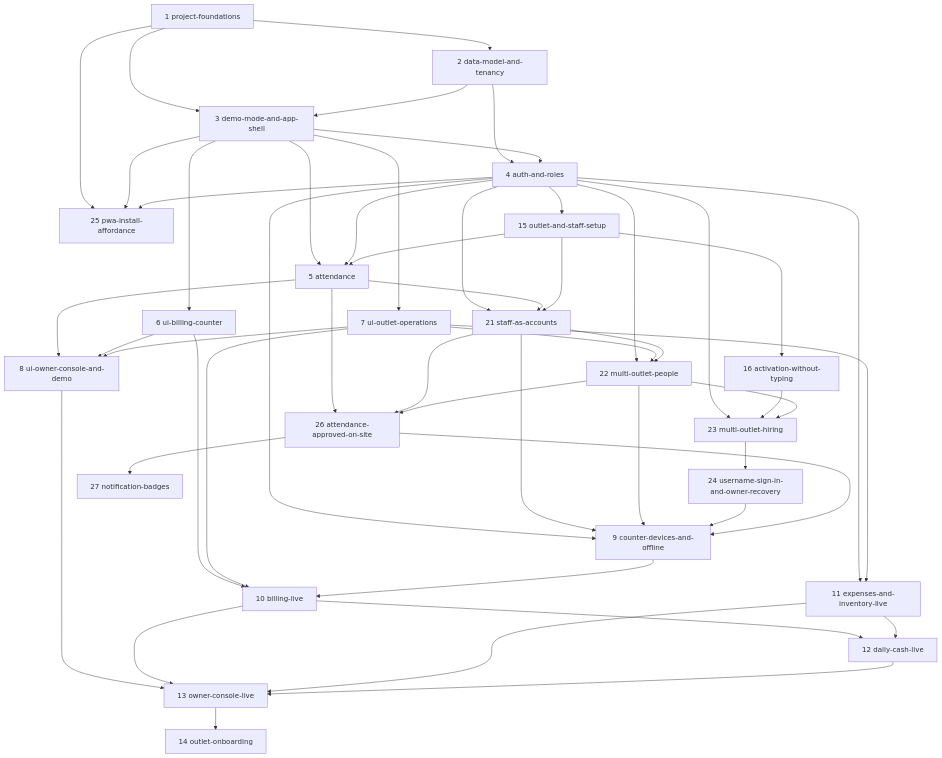
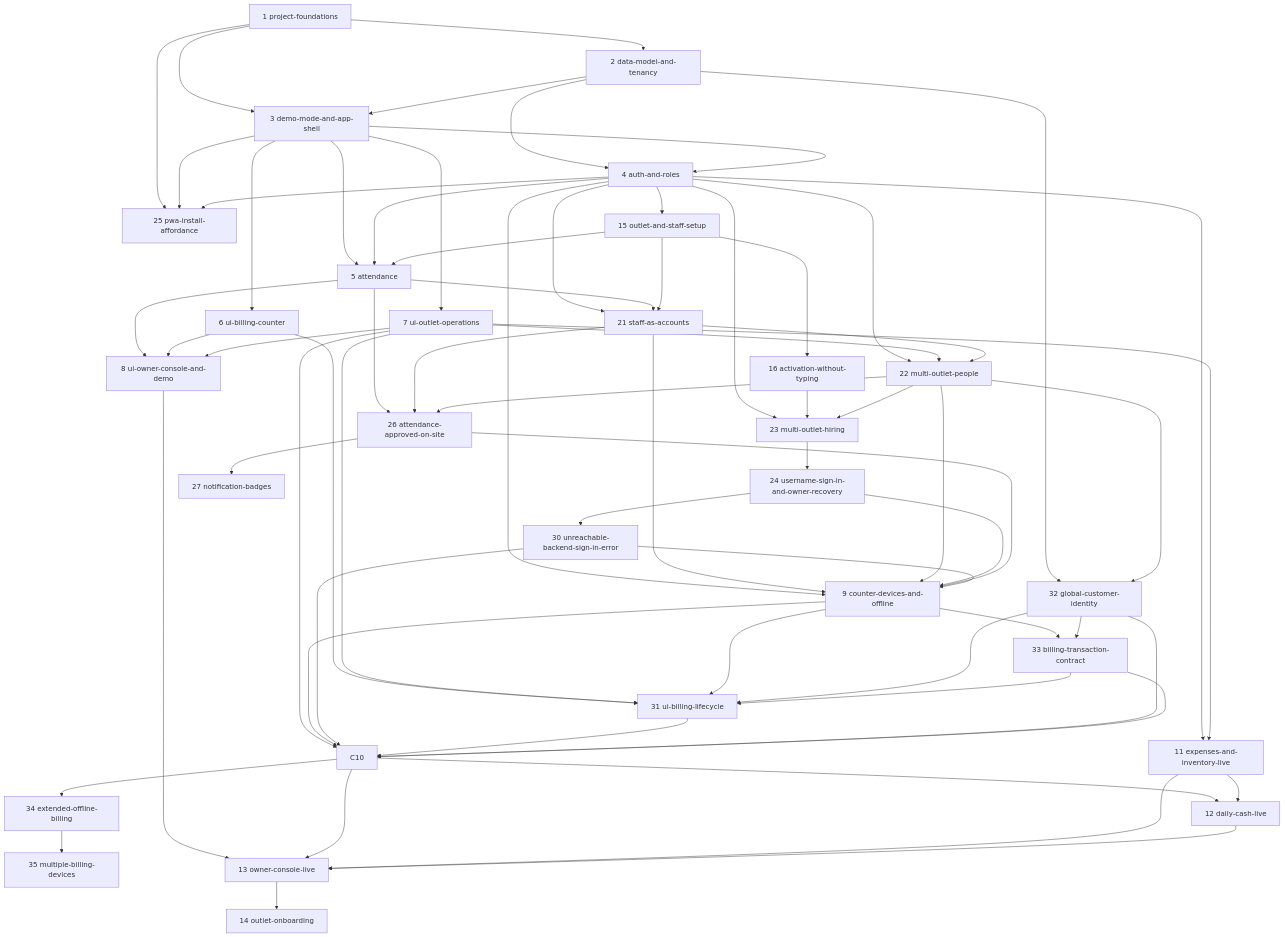
Before and after one commit to abdatta/shawarmania-ops: the diagram in openspec/changes/ROADMAP.md, drawn with Mermaid. The commit also changed other lines of this file and 70 other files, not shown here.

````diff
--- a/openspec/changes/ROADMAP.md
+++ b/openspec/changes/ROADMAP.md
@@ -98,52 +122,68 @@
 ```mermaid
 graph TD
     C1[1 project-foundations] --> C2[2 data-model-and-tenancy]
     C1 --> C3[3 demo-mode-and-app-shell]
     C2 --> C3
     C2 --> C4[4 auth-and-roles]
     C3 --> C4
     C1 --> C25[25 pwa-install-affordance]
     C3 --> C25
     C4 --> C25
     C3 --> C5[5 attendance]
     C4 --> C5
     C4 --> C15[15 outlet-and-staff-setup]
     C15 --> C5
     C15 --> C16[16 activation-without-typing]
     C3 --> C6[6 ui-billing-counter]
     C3 --> C7[7 ui-outlet-operations]
     C5 --> C8[8 ui-owner-console-and-demo]
     C6 --> C8
     C7 --> C8
     C4 --> C21[21 staff-as-accounts]
     C5 --> C21
     C15 --> C21
     C4 --> C22[22 multi-outlet-people]
     C7 --> C22
     C21 --> C22
     C4 --> C23[23 multi-outlet-hiring]
     C16 --> C23
     C22 --> C23
     C23 --> C24[24 username-sign-in-and-owner-recovery]
     C5 --> C26[26 attendance-approved-on-site]
     C21 --> C26
     C22 --> C26
     C26 --> C27[27 notification-badges]
+    C24 --> C30[30 unreachable-backend-sign-in-error]
+    C2 --> C32[32 global-customer-identity]
+    C22 --> C32
     C4 --> C9[9 counter-devices-and-offline]
     C21 --> C9
     C22 --> C9
     C24 --> C9
     C26 --> C9
-    C6 --> C10[10 billing-live]
+    C30 --> C9
+    C9 --> C33[33 billing-transaction-contract]
+    C32 --> C33
+    C6 --> C31[31 ui-billing-lifecycle]
+    C7 --> C31
+    C9 --> C31
+    C32 --> C31
+    C33 --> C31
     C7 --> C10
     C9 --> C10
+    C30 --> C10
+    C31 --> C10
+    C32 --> C10
+    C33 --> C10
+    C10 --> C34[34 extended-offline-billing]
+    C34 --> C35[35 multiple-billing-devices]
     C4 --> C11[11 expenses-and-inventory-live]
     C7 --> C11
     C10 --> C12[12 daily-cash-live]
     C11 --> C12
     C8 --> C13[13 owner-console-live]
     C10 --> C13
     C11 --> C13
     C12 --> C13
     C13 --> C14[14 outlet-onboarding]
 ```
````
